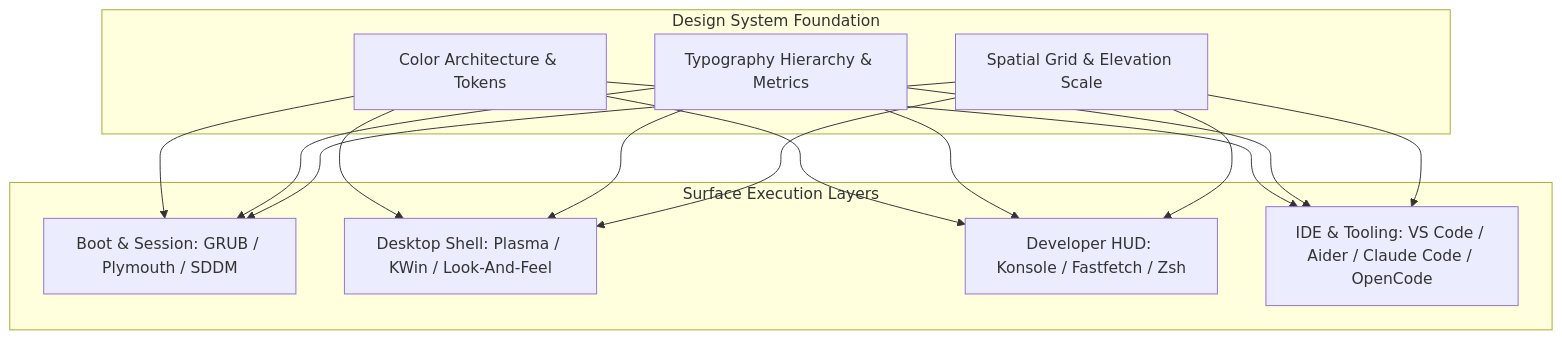
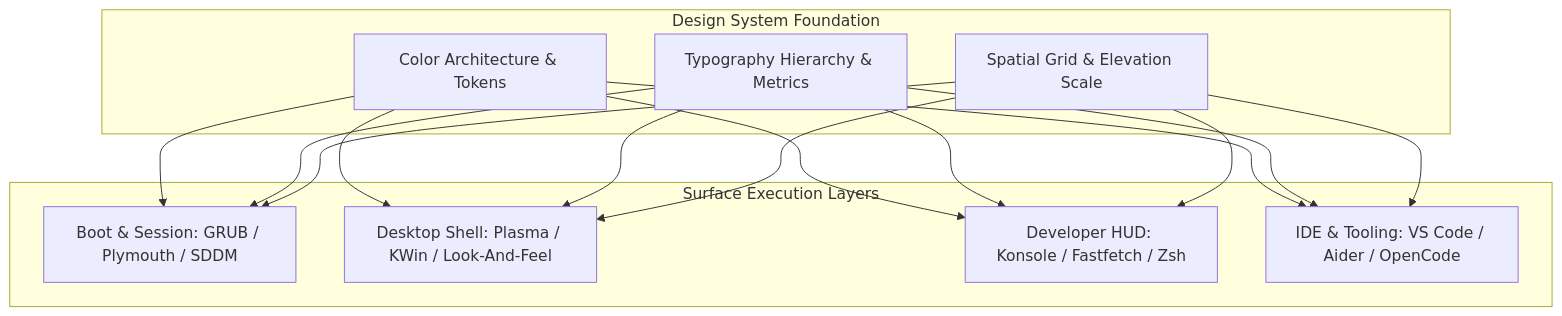
One commit to Aak4shz/Umbrella-Corporation_OS changed the first of 6 diagrams in DESIGN.md. Above: the diagram before and after it, drawn with Mermaid. The commit also changed other lines of this file, not shown here.

First line of the commit message:
docs: remove Claude Code from AI coding tooling references

````diff
--- a/DESIGN.md
+++ b/DESIGN.md
@@ -31,30 +31,30 @@
 ```mermaid
 graph TD
     subgraph Design System Foundation
         P1[Color Architecture & Tokens]
         P2[Typography Hierarchy & Metrics]
         P3[Spatial Grid & Elevation Scale]
     end
 
     subgraph Surface Execution Layers
         S1[Boot & Session: GRUB / Plymouth / SDDM]
         S2[Desktop Shell: Plasma / KWin / Look-And-Feel]
         S3[Developer HUD: Konsole / Fastfetch / Zsh]
-        S4[IDE & Tooling: VS Code / Aider / Claude Code / OpenCode]
+        S4[IDE & Tooling: VS Code / Aider / OpenCode]
     end
 
     P1 --> S1
     P1 --> S2
     P1 --> S3
     P1 --> S4
 
     P2 --> S1
     P2 --> S2
     P2 --> S3
     P2 --> S4
 
     P3 --> S1
     P3 --> S2
     P3 --> S3
     P3 --> S4
 ```
````
